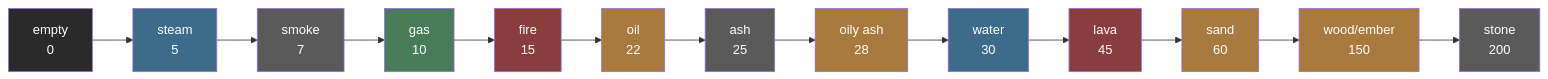
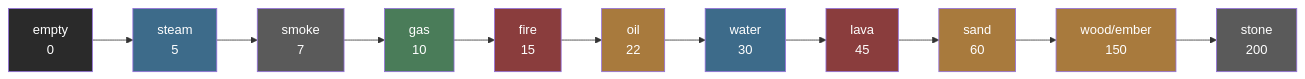
Before and after one commit to jose-villegas/esp32-c6-dev: the third of 7 diagrams in docs/Sand/Adding-a-Material.md, drawn with Mermaid. The commit also changed other lines of this file and 7 other files, not shown here.

````diff
--- a/docs/Sand/Adding-a-Material.md
+++ b/docs/Sand/Adding-a-Material.md
@@ -197,18 +197,16 @@
 ```mermaid
 flowchart LR
-    E["empty\n0"] --> S["steam\n5"] --> K["smoke\n7"] --> G["gas\n10"] --> F["fire\n15"] --> X["oil\n22"] --> AS["ash\n25"] --> OA["oily ash\n28"] --> W["water\n30"] --> LV["lava\n45"] --> A["sand\n60"] --> D["wood/ember\n150"] --> T["stone\n200"]
+    E["empty\n0"] --> S["steam\n5"] --> K["smoke\n7"] --> G["gas\n10"] --> F["fire\n15"] --> X["oil\n22"] --> W["water\n30"] --> LV["lava\n45"] --> A["sand\n60"] --> D["wood/ember\n150"] --> T["stone\n200"]
 
     style E fill:#2a2a2a,color:#fff
     style S fill:#3d6b8a,color:#fff
     style K fill:#5a5a5a,color:#fff
     style G fill:#4a7c59,color:#fff
     style F fill:#8a3d3d,color:#fff
     style W fill:#3d6b8a,color:#fff
     style A fill:#a87a3d,color:#fff
     style D fill:#a87a3d,color:#fff
     style T fill:#5a5a5a,color:#fff
     style X fill:#a87a3d,color:#fff
-    style AS fill:#5a5a5a,color:#fff
-    style OA fill:#a87a3d,color:#fff
     style LV fill:#8a3d3d,color:#fff
 ```
````
